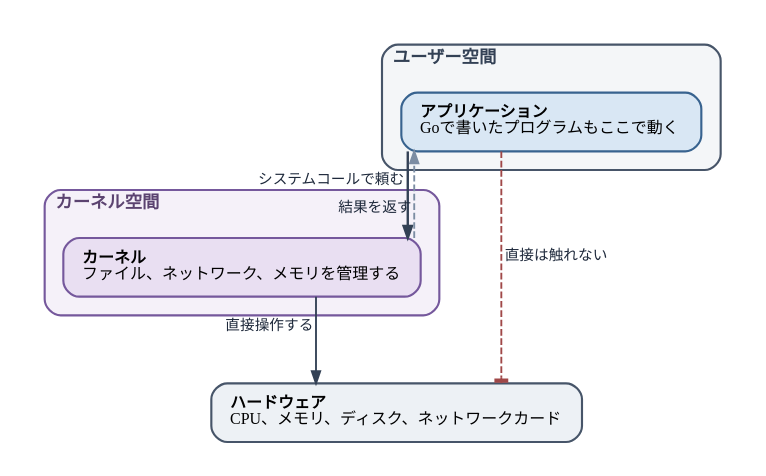
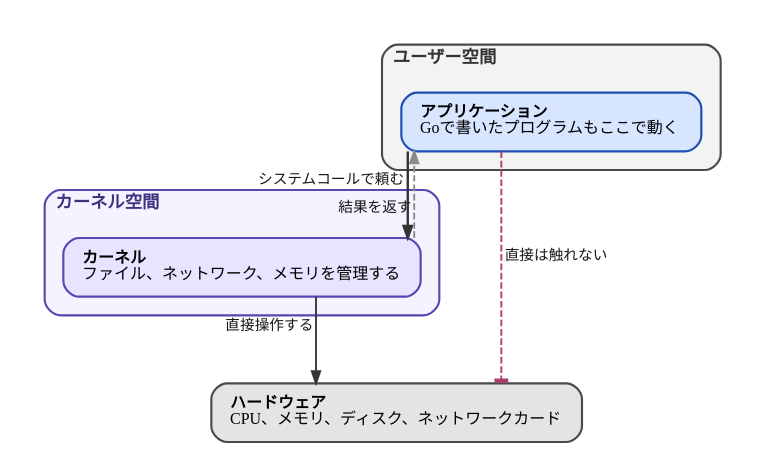
The diagram in diagrams/go-ebpf-primer/20260820-user-kernel-space.dot (ymotongpoo/zenn.dev), drawn with Graphviz before and after one commit. The commit also changed 111 other files, not shown here.

First line of the commit message:
change(go-ebpf-primer): 図の配色をGrafana Labsブランドガイド準拠に更新

```diff
--- a/diagrams/go-ebpf-primer/20260820-user-kernel-space.dot
+++ b/diagrams/go-ebpf-primer/20260820-user-kernel-space.dot
@@ -1,42 +1,42 @@
 // ユーザー空間とカーネル空間
 digraph user_kernel_space {
   graph [
     rankdir=TB, splines=ortho,
     fontname="IBM Plex Sans JP", fontsize=13,
     nodesep=0.9, ranksep=0.9,
     bgcolor="white", pad=0.25
   ];
   node [
     fontname="IBM Plex Sans JP", fontsize=12,
     shape=box, style="rounded,filled",
-    fillcolor="#F1F5F9", color="#475569", penwidth=1.6,
+    fillcolor="#F1F1F1", color="#4A4A4A", penwidth=1.6,
     margin="0.2,0.14"
   ];
   edge [
     fontname="IBM Plex Sans JP", fontsize=11,
-    color="#334155", penwidth=1.4, arrowsize=0.9,
-    fontcolor="#1E293B"
+    color="#343434", penwidth=1.4, arrowsize=0.9,
+    fontcolor="#171717"
   ];
 
   subgraph cluster_user {
     label=<<b>ユーザー空間</b>>; labeljust="l"; style="rounded"; penwidth=1.6; margin=14;
-    color="#475569"; fontcolor="#334155"; bgcolor="#F4F6F8";
-    app [label=<<b>アプリケーション</b><br align="left"/>Goで書いたプログラムもここで動く<br align="left"/>>, fillcolor="#D9E7F4", color="#38638F"];
+    color="#4A4A4A"; fontcolor="#343434"; bgcolor="#F3F3F3";
+    app [label=<<b>アプリケーション</b><br align="left"/>Goで書いたプログラムもここで動く<br align="left"/>>, fillcolor="#D8E5FF", color="#1D4EB2"];
   }
 
   subgraph cluster_kernel {
     label=<<b>カーネル空間</b>>; labeljust="l"; style="rounded"; penwidth=1.6; margin=14;
-    color="#75589C"; fontcolor="#5B4370"; bgcolor="#F5F1F9";
-    kernel [label=<<b>カーネル</b><br align="left"/>ファイル、ネットワーク、メモリを管理する<br align="left"/>>, fillcolor="#E9DFF2", color="#75589C"];
+    color="#5846B2"; fontcolor="#3E3280"; bgcolor="#F5F3FF";
+    kernel [label=<<b>カーネル</b><br align="left"/>ファイル、ネットワーク、メモリを管理する<br align="left"/>>, fillcolor="#E8E3FF", color="#5846B2"];
   }
 
-  hw [label=<<b>ハードウェア</b><br align="left"/>CPU、メモリ、ディスク、ネットワークカード<br align="left"/>>, fillcolor="#EDF1F5"];
+  hw [label=<<b>ハードウェア</b><br align="left"/>CPU、メモリ、ディスク、ネットワークカード<br align="left"/>>, fillcolor="#E4E4E4"];
 
   app -> kernel [penwidth=1.8, xlabel=" システムコールで頼む"];
-  kernel -> app [style=dashed, color="#7C8DA3", constraint=false, xlabel=" 結果を返す"];
+  kernel -> app [style=dashed, color="#8A8A8A", constraint=false, xlabel=" 結果を返す"];
   kernel -> hw [xlabel=" 直接操作する"];
   // このエッジはcluster_kernelをまたぐため splines=ortho の直角配線が崩れ、
   // 単純な斜め線になる（クラスタをまたぐ辺の既知の制約）。1本の素直な斜め線
   // なので「触れない」という意味の破線としては許容する。
-  app -> hw [style=dashed, color="#A04848", arrowhead=tee, xlabel=" 直接は触れない"];
+  app -> hw [style=dashed, color="#AA3E6A", arrowhead=tee, xlabel=" 直接は触れない"];
 }
```
